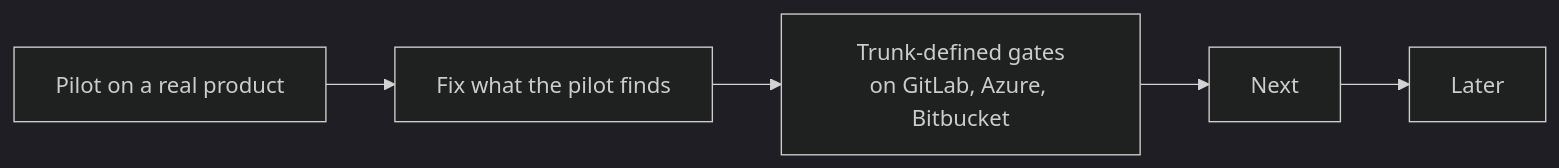
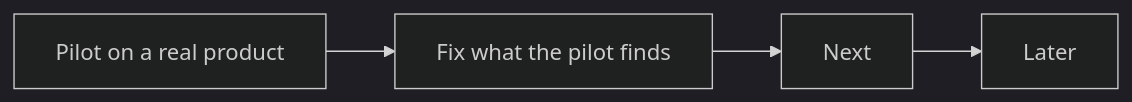
Before and after one commit to dmitriywind/agentic-sdlc: the diagram in docs/roadmap.md, drawn with Mermaid (dark theme). The commit also changed other lines of this file and 70 other files, not shown here.

````diff
--- a/docs/roadmap.md
+++ b/docs/roadmap.md
@@ -6,7 +6,6 @@
 ```mermaid
 flowchart LR
   N1["Pilot on a real product"] --> N2["Fix what the pilot finds"]
-  N2 --> N3["Trunk-defined gates<br/>on GitLab, Azure, Bitbucket"]
-  N3 --> X["Next"]
+  N2 --> X["Next"]
   X --> L["Later"]
 ```
````
